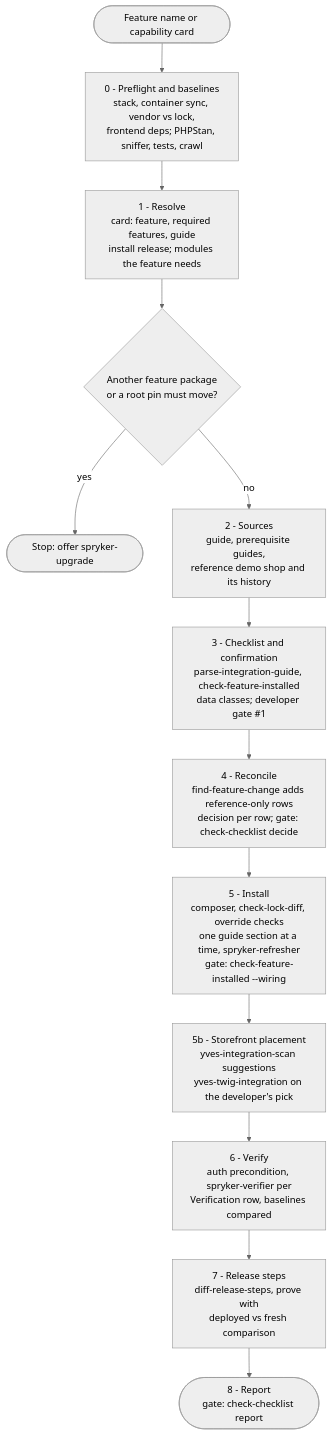
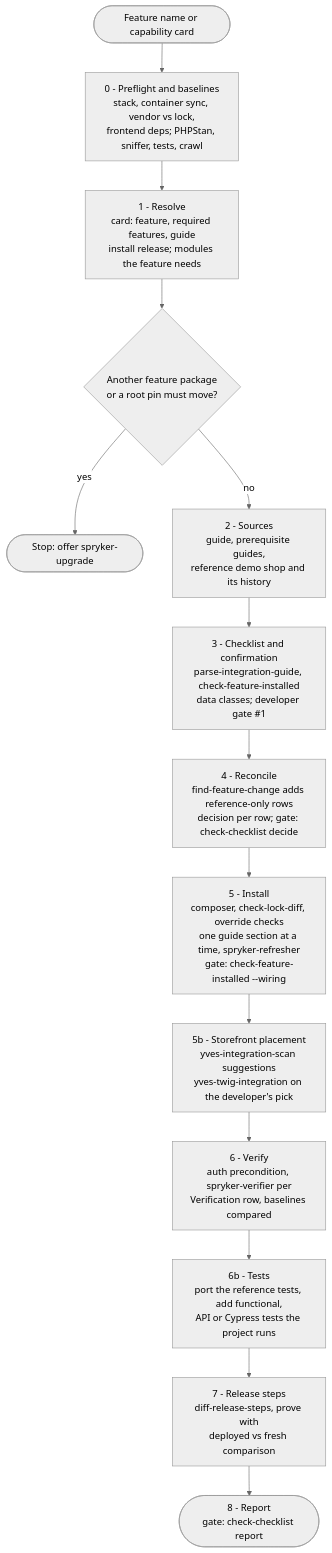
The diagram in plugins/spryker-ai-dev-sdk/skills/spryker-feature-install/README.md (spryker-sdk/ai-dev), drawn with Mermaid (neutral theme) before and after one commit. The commit also changed other lines of this file and 7 other files, not shown here.

````diff
--- a/plugins/spryker-ai-dev-sdk/skills/spryker-feature-install/README.md
+++ b/plugins/spryker-ai-dev-sdk/skills/spryker-feature-install/README.md
@@ -21,15 +21,16 @@
 ```mermaid
 flowchart TD
     A([Feature name or capability card]) --> P0["0 - Preflight and baselines<br/>stack, container sync, vendor vs lock,<br/>frontend deps; PHPStan, sniffer, tests, crawl"]
     P0 --> B["1 - Resolve<br/>card: feature, required features, guide<br/>install release; modules the feature needs"]
     B --> UP{"Another feature package<br/>or a root pin must move?"}
     UP -- "yes" --> X(["Stop: offer spryker-upgrade"])
     UP -- "no" --> S["2 - Sources<br/>guide, prerequisite guides,<br/>reference demo shop and its history"]
     S --> C["3 - Checklist and confirmation<br/>parse-integration-guide, check-feature-installed<br/>data classes; developer gate #1"]
     C --> R["4 - Reconcile<br/>find-feature-change adds reference-only rows<br/>decision per row; gate: check-checklist decide"]
     R --> I["5 - Install<br/>composer, check-lock-diff, override checks<br/>one guide section at a time, spryker-refresher<br/>gate: check-feature-installed --wiring"]
     I --> Y["5b - Storefront placement<br/>yves-integration-scan suggestions<br/>yves-twig-integration on the developer's pick"]
     Y --> V["6 - Verify<br/>auth precondition, spryker-verifier per<br/>Verification row, baselines compared"]
-    V --> RS["7 - Release steps<br/>diff-release-steps, prove with<br/>deployed vs fresh comparison"]
+    V --> T["6b - Tests<br/>port the reference tests, add functional,<br/>API or Cypress tests the project runs"]
+    T --> RS["7 - Release steps<br/>diff-release-steps, prove with<br/>deployed vs fresh comparison"]
     RS --> RP(["8 - Report<br/>gate: check-checklist report"])
 ```
````
